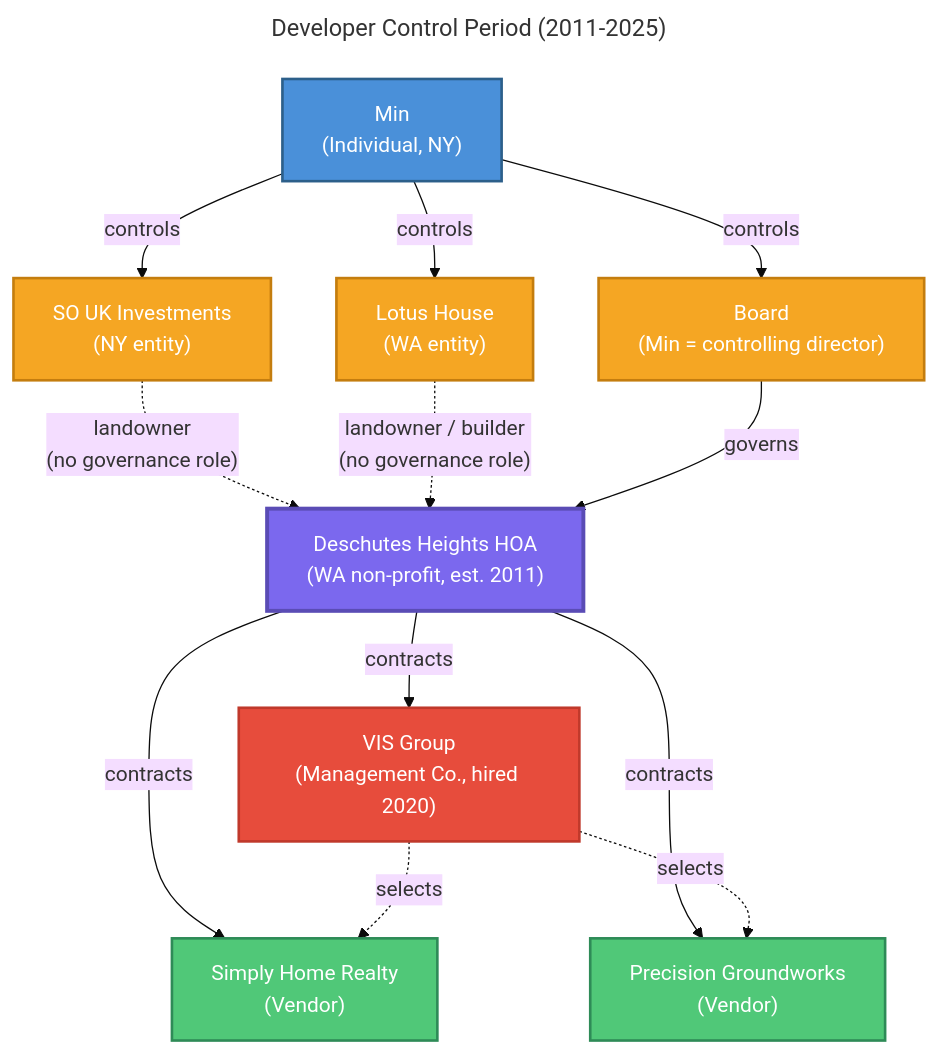
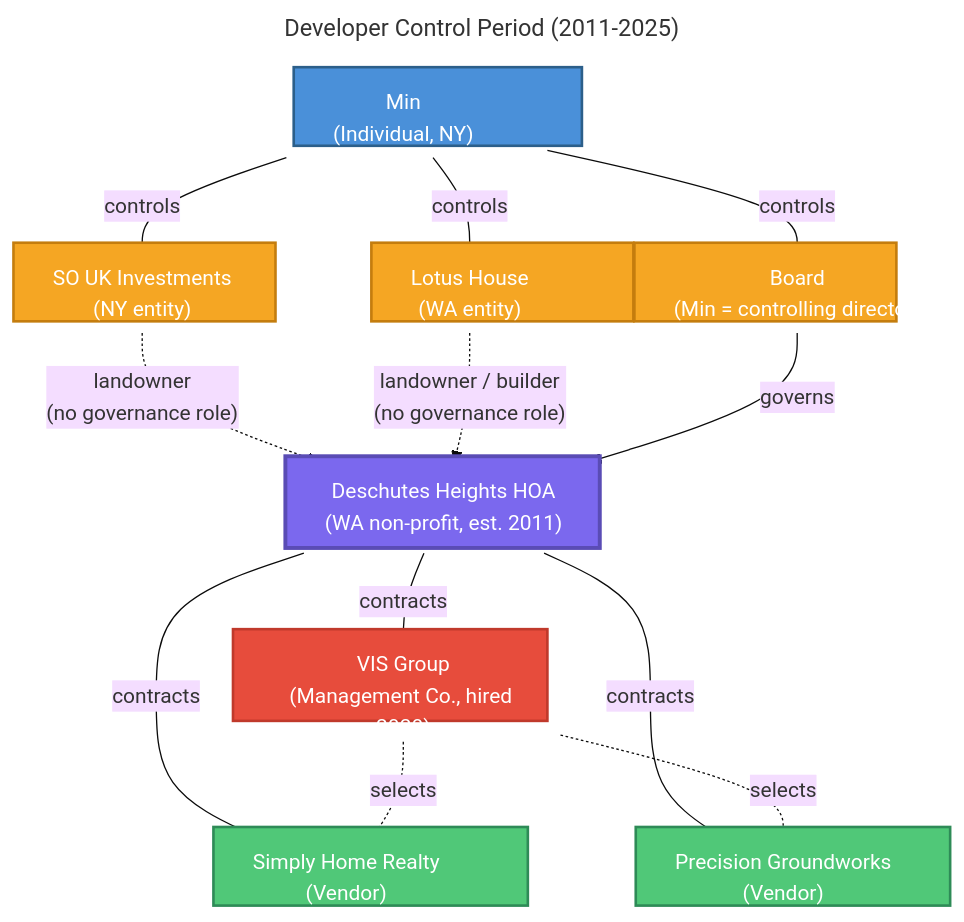
Before and after one commit to chadkirby/treasurer-reports: the diagram in public/sources/relationships-developer.mermaid, drawn with Mermaid (base theme). The commit also changed 5 other files, not shown here.

Commit message:
replaced Mermaid with a custom SVG render pipeline so we can fully control alignment, spacing, and consistent widths

```diff
--- a/public/sources/relationships-developer.mermaid
+++ b/public/sources/relationships-developer.mermaid
@@ -1,37 +1,43 @@
 ---
 title: "Developer Control Period (2011-2025)"
 ---
 graph TB
   classDef person fill:#4A90D9,color:#fff,stroke:#2C5F8A,stroke-width:2px
   classDef entity fill:#F5A623,color:#fff,stroke:#C47D0E,stroke-width:2px
   classDef hoa fill:#7B68EE,color:#fff,stroke:#5A4CB5,stroke-width:3px
   classDef vendor fill:#50C878,color:#fff,stroke:#2E8B57,stroke-width:2px
   classDef mgmt fill:#E74C3C,color:#fff,stroke:#C0392B,stroke-width:2px
 
   Min_D["Min<br/>(Individual, NY)"]:::person
-
   SOUK_D["SO UK Investments<br/>(NY entity)"]:::entity
   Lotus_D["Lotus House<br/>(WA entity)"]:::entity
   Board_D["Board<br/>(Min = controlling director)"]:::entity
-
   HOA_D["Deschutes Heights HOA<br/>(WA non-profit, est. 2011)"]:::hoa
-
   VIS_D["VIS Group<br/>(Management Co., hired 2020)"]:::mgmt
   SHR_D["Simply Home Realty<br/>(Vendor)"]:::vendor
   PG_D["Precision Groundworks<br/>(Vendor)"]:::vendor
 
   Min_D -- "controls" --> SOUK_D
   Min_D -- "controls" --> Lotus_D
   Min_D -- "controls" --> Board_D
 
   SOUK_D -. "landowner<br/>(no governance role)" .-> HOA_D
   Lotus_D -. "landowner / builder<br/>(no governance role)" .-> HOA_D
 
   Board_D -- "governs" --> HOA_D
 
   HOA_D -- "contracts" --> VIS_D
   HOA_D -- "contracts" --> SHR_D
   HOA_D -- "contracts" --> PG_D
 
   VIS_D -. "selects" .-> SHR_D
   VIS_D -. "selects" .-> PG_D
+
+  style Min_D width:220px,height:60px
+  style SOUK_D width:200px,height:60px
+  style Lotus_D width:200px,height:60px
+  style Board_D width:200px,height:60px
+  style HOA_D width:240px,height:70px
+  style VIS_D width:240px,height:70px
+  style SHR_D width:240px,height:60px
+  style PG_D width:240px,height:60px
```
